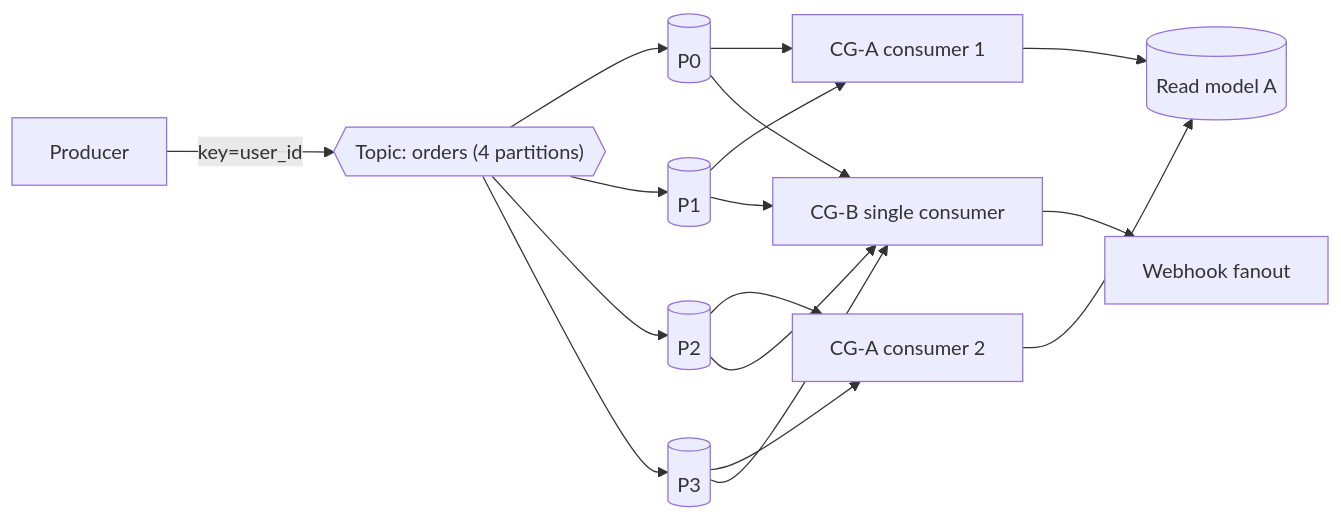
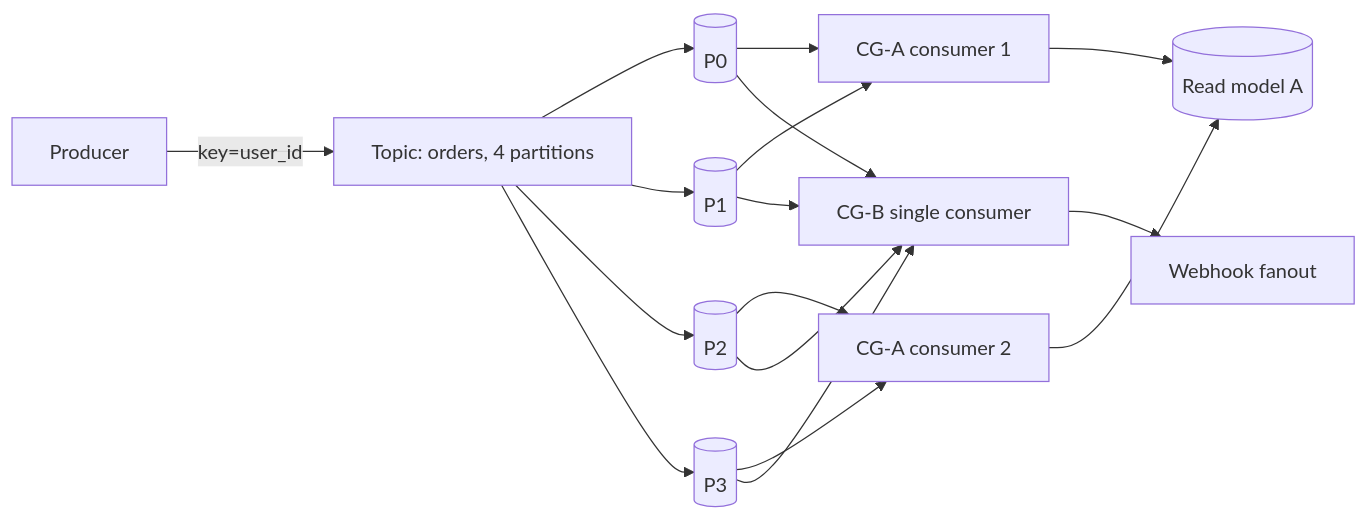
The first of 9 diagrams in Notes/Week3-Event_Streaming_and_Advanced_Patterns/README.md (TheTangentLine/Learn_microservice_communication), drawn with Mermaid before and after one commit. The commit also changed 2 other files, not shown here.

Commit message:
fix mermaid diagram parsing error

````diff
--- a/Notes/Week3-Event_Streaming_and_Advanced_Patterns/README.md
+++ b/Notes/Week3-Event_Streaming_and_Advanced_Patterns/README.md
@@ -15,19 +15,19 @@
 ```mermaid
 flowchart LR
-    Prod[Producer] -->|key=user_id| Topic{{"Topic: orders (4 partitions)"}}
+    Prod[Producer] -->|key=user_id| Topic["Topic: orders, 4 partitions"]
     Topic --> P0[(P0)]
     Topic --> P1[(P1)]
     Topic --> P2[(P2)]
     Topic --> P3[(P3)]
     P0 --> CGA1[CG-A consumer 1]
     P1 --> CGA1
     P2 --> CGA2[CG-A consumer 2]
     P3 --> CGA2
     P0 --> CGB[CG-B single consumer]
     P1 --> CGB
     P2 --> CGB
     P3 --> CGB
     CGA1 --> RM[(Read model A)]
     CGA2 --> RM
     CGB --> WH[Webhook fanout]
 ```
````
